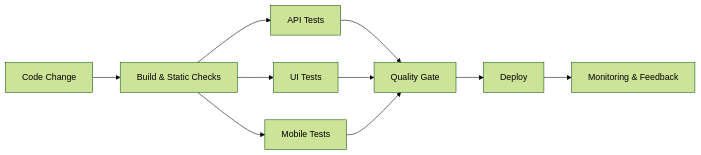
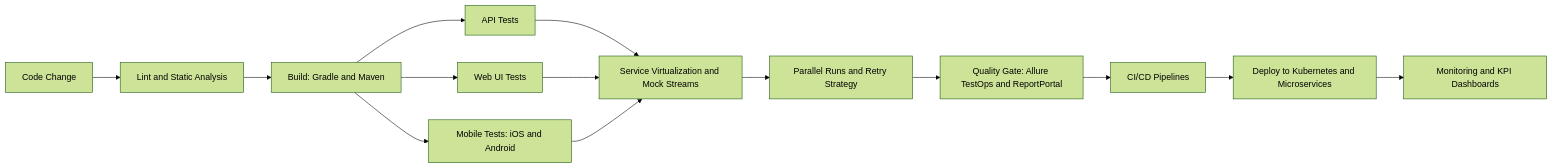
One commit to YauheniPo/YauheniPo changed the diagram in README.md. Above: the diagram before and after it, drawn with Mermaid (forest theme). The commit also changed other lines of this file and 17 other files, not shown here.

````diff
--- a/README.md
+++ b/README.md
@@ -69,12 +77,16 @@
 ```mermaid
 flowchart LR
-    A[Code Change] --> B[Build & Static Checks]
-    B --> C[API Tests]
-    B --> D[UI Tests]
-    B --> H[Mobile Tests]
-    C --> E[Quality Gate]
-    D --> E
-    H --> E
-    E --> F[Deploy]
-    F --> G[Monitoring & Feedback]
+    A[Code Change] --> B[Lint and Static Analysis]
+    B --> C[Build: Gradle and Maven]
+    C --> D[API Tests]
+    C --> E[Web UI Tests]
+    C --> F[Mobile Tests: iOS and Android]
+    D --> G[Service Virtualization and Mock Streams]
+    E --> G
+    F --> G
+    G --> H[Parallel Runs and Retry Strategy]
+    H --> I[Quality Gate: Allure TestOps and ReportPortal]
+    I --> J[CI/CD Pipelines]
+    J --> K[Deploy to Kubernetes and Microservices]
+    K --> L[Monitoring and KPI Dashboards]
 ```
````
